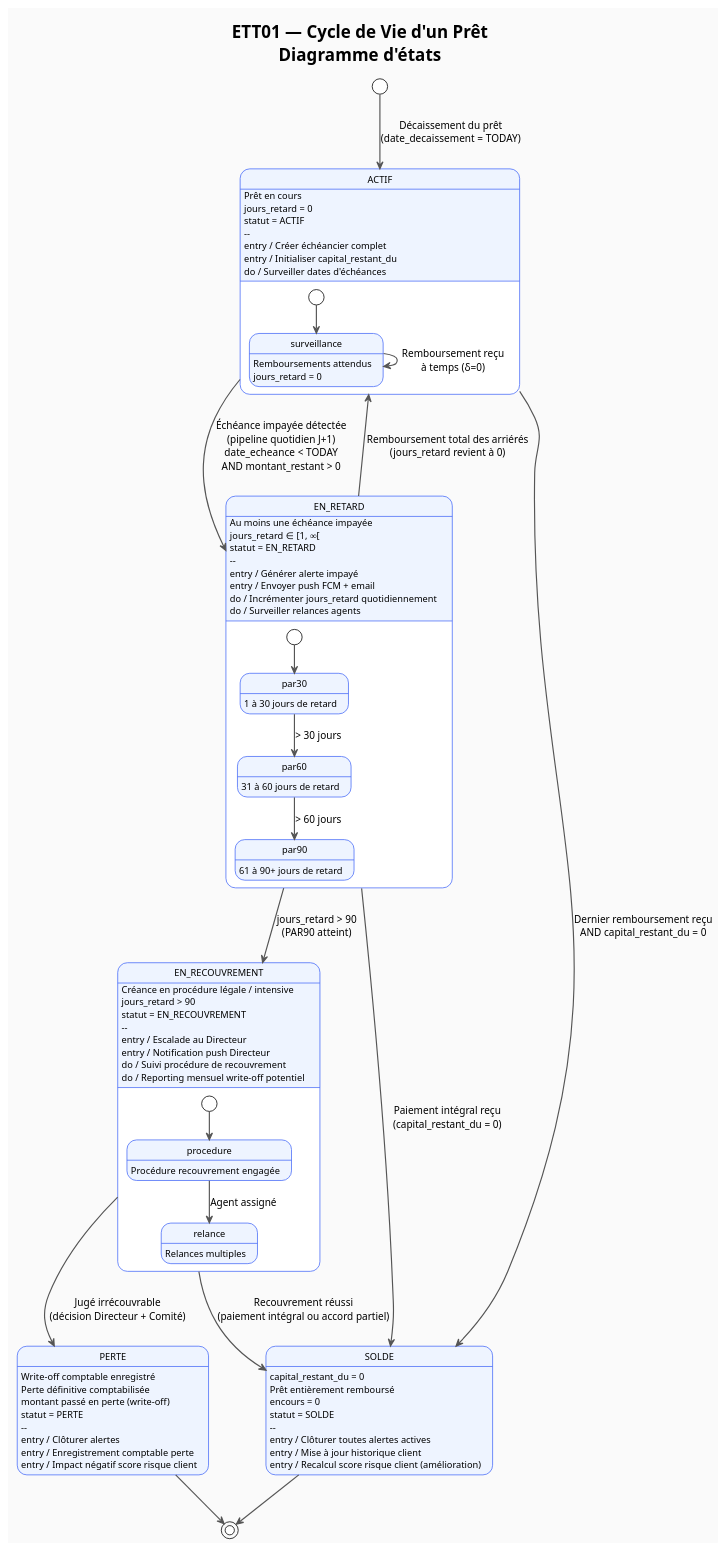
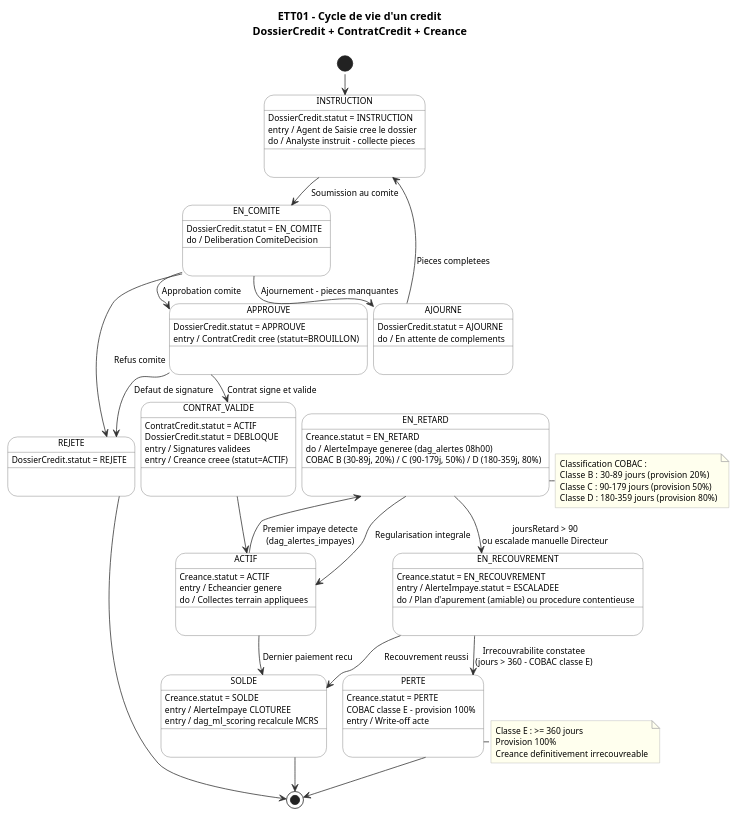
The diagram in docs/V0/diagrammes/05_etats/ETT01_cycle_pret.puml (renekomtsindi237/Stage), drawn with PlantUML before and after one commit. The commit also changed 246 other files, not shown here.

```diff
--- a/docs/V0/diagrammes/05_etats/ETT01_cycle_pret.puml
+++ b/docs/V0/diagrammes/05_etats/ETT01_cycle_pret.puml
@@ -1,95 +1,121 @@
 @startuml ETT01_cycle_pret
-!theme plain
-skinparam backgroundColor #FAFAFA
+!pragma layout smetana
+skinparam shadowing false
+skinparam defaultFontSize 11
+skinparam backgroundColor white
 skinparam state {
-  BackgroundColor #EEF4FF
-  BorderColor #4A6CF7
-  FontSize 12
-  ArrowColor #555555
-  ArrowThickness 1.5
+  BackgroundColor white
+  BorderColor #666666
+  ArrowColor #333333
 }
-skinparam stateDiagram {
-  BackgroundColor #FAFAFA
+skinparam note {
+  BackgroundColor #FFFFEE
+  BorderColor #AAAAAA
 }
 
-title ETT01 — Cycle de Vie d'un Prêt\nDiagramme d'états
+title ETT01 - Cycle de vie d'un credit\nDossierCredit + ContratCredit + Creance
 
-[*] --> ACTIF : Décaissement du prêt\n(date_decaissement = TODAY)
+' -- Phase 1 : Instruction du dossier --
+
+state INSTRUCTION {
+  INSTRUCTION : DossierCredit.statut = INSTRUCTION
+  INSTRUCTION : entry / Agent de Saisie cree le dossier
+  INSTRUCTION : do / Analyste instruit - collecte pieces
+}
+
+state EN_COMITE {
+  EN_COMITE : DossierCredit.statut = EN_COMITE
+  EN_COMITE : do / Deliberation ComiteDecision
+}
+
+state APPROUVE {
+  APPROUVE : DossierCredit.statut = APPROUVE
+  APPROUVE : entry / ContratCredit cree (statut=BROUILLON)
+}
+
+state AJOURNE {
+  AJOURNE : DossierCredit.statut = AJOURNE
+  AJOURNE : do / En attente de complements
+}
+
+state REJETE {
+  REJETE : DossierCredit.statut = REJETE
+}
+
+state CONTRAT_VALIDE {
+  CONTRAT_VALIDE : ContratCredit.statut = ACTIF
+  CONTRAT_VALIDE : DossierCredit.statut = DEBLOQUE
+  CONTRAT_VALIDE : entry / Signatures validees
+  CONTRAT_VALIDE : entry / Creance creee (statut=ACTIF)
+}
+
+' -- Phase 2 : Cycle de la creance --
 
 state ACTIF {
-  [*] --> surveillance
-  surveillance : Remboursements attendus\njours_retard = 0
-  surveillance --> surveillance : Remboursement reçu\nà temps (δ=0)
+  ACTIF : Creance.statut = ACTIF
+  ACTIF : entry / Echeancier genere
+  ACTIF : do / Collectes terrain appliquees
 }
 
-ACTIF : Prêt en cours\njours_retard = 0\nstatut = ACTIF
-ACTIF : --
-ACTIF : entry / Créer échéancier complet
-ACTIF : entry / Initialiser capital_restant_du
-ACTIF : do / Surveiller dates d'échéances
-
-ACTIF --> EN_RETARD : Échéance impayée détectée\n(pipeline quotidien J+1)\ndate_echeance < TODAY\nAND montant_restant > 0
-
-ACTIF --> SOLDE : Dernier remboursement reçu\nAND capital_restant_du = 0
-
 state EN_RETARD {
-  [*] --> par30
-  par30 : 1 à 30 jours de retard
-  par30 --> par60 : > 30 jours
-  par60 : 31 à 60 jours de retard
-  par60 --> par90 : > 60 jours
-  par90 : 61 à 90+ jours de retard
+  EN_RETARD : Creance.statut = EN_RETARD
+  EN_RETARD : do / AlerteImpaye generee (dag_alertes 08h00)
+  EN_RETARD : COBAC B (30-89j, 20%) / C (90-179j, 50%) / D (180-359j, 80%)
 }
 
-EN_RETARD : Au moins une échéance impayée\njours_retard ∈ [1, ∞[\nstatut = EN_RETARD
-EN_RETARD : --
-EN_RETARD : entry / Générer alerte impayé
-EN_RETARD : entry / Envoyer push FCM + email
-EN_RETARD : do / Incrémenter jours_retard quotidiennement
-EN_RETARD : do / Surveiller relances agents
-
-EN_RETARD --> ACTIF : Remboursement total des arriérés\n(jours_retard revient à 0)
-EN_RETARD --> SOLDE : Paiement intégral reçu\n(capital_restant_du = 0)
-EN_RETARD --> EN_RECOUVREMENT : jours_retard > 90\n(PAR90 atteint)
-
 state EN_RECOUVREMENT {
-  [*] --> procedure
-  procedure : Procédure recouvrement engagée
-  procedure --> relance : Agent assigné
-  relance : Relances multiples
+  EN_RECOUVREMENT : Creance.statut = EN_RECOUVREMENT
+  EN_RECOUVREMENT : entry / AlerteImpaye.statut = ESCALADEE
+  EN_RECOUVREMENT : do / Plan d'apurement (amiable) ou procedure contentieuse
 }
 
-EN_RECOUVREMENT : Créance en procédure légale / intensive\njours_retard > 90\nstatut = EN_RECOUVREMENT
-EN_RECOUVREMENT : --
-EN_RECOUVREMENT : entry / Escalade au Directeur
-EN_RECOUVREMENT : entry / Notification push Directeur
-EN_RECOUVREMENT : do / Suivi procédure de recouvrement
-EN_RECOUVREMENT : do / Reporting mensuel write-off potentiel
-
-EN_RECOUVREMENT --> SOLDE : Recouvrement réussi\n(paiement intégral ou accord partiel)
-EN_RECOUVREMENT --> PERTE : Jugé irrécouvrable\n(décision Directeur + Comité)
-
 state SOLDE {
-  SOLDE : capital_restant_du = 0
+  SOLDE : Creance.statut = SOLDE
+  SOLDE : entry / AlerteImpaye CLOTUREE
+  SOLDE : entry / dag_ml_scoring recalcule MCRS
 }
 
-SOLDE : Prêt entièrement remboursé\nencours = 0\nstatut = SOLDE
-SOLDE : --
-SOLDE : entry / Clôturer toutes alertes actives
-SOLDE : entry / Mise à jour historique client
-SOLDE : entry / Recalcul score risque client (amélioration)
-
 state PERTE {
-  PERTE : Write-off comptable enregistré
+  PERTE : Creance.statut = PERTE
+  PERTE : COBAC classe E - provision 100%
+  PERTE : entry / Write-off acte
 }
 
-PERTE : Perte définitive comptabilisée\nmontant passé en perte (write-off)\nstatut = PERTE
-PERTE : --
-PERTE : entry / Clôturer alertes
-PERTE : entry / Enregistrement comptable perte
-PERTE : entry / Impact négatif score risque client
+' -- Transitions Phase 1 --
 
-SOLDE --> [*]
-PERTE --> [*]
+[*]             --> INSTRUCTION
+INSTRUCTION     --> EN_COMITE      : Soumission au comite
+EN_COMITE       --> APPROUVE       : Approbation comite
+EN_COMITE       --> AJOURNE        : Ajournement - pieces manquantes
+EN_COMITE       --> REJETE         : Refus comite
+AJOURNE         --> INSTRUCTION    : Pieces completees
+APPROUVE        --> CONTRAT_VALIDE : Contrat signe et valide
+APPROUVE        --> REJETE         : Defaut de signature
+REJETE          --> [*]
+
+' -- Transitions Phase 2 --
+
+CONTRAT_VALIDE  --> ACTIF
+ACTIF           --> EN_RETARD      : Premier impaye detecte\n(dag_alertes_impayes)
+ACTIF           --> SOLDE          : Dernier paiement recu
+EN_RETARD       --> ACTIF          : Regularisation integrale
+EN_RETARD       --> EN_RECOUVREMENT : joursRetard > 90\nou escalade manuelle Directeur
+EN_RECOUVREMENT --> SOLDE          : Recouvrement reussi
+EN_RECOUVREMENT --> PERTE          : Irrecouvrabilite constatee\n(jours > 360 - COBAC classe E)
+SOLDE           --> [*]
+PERTE           --> [*]
+
+note right of EN_RETARD
+  Classification COBAC :
+  Classe B : 30-89 jours  (provision 20%)
+  Classe C : 90-179 jours (provision 50%)
+  Classe D : 180-359 jours (provision 80%)
+end note
+
+note right of PERTE
+  Classe E : >= 360 jours
+  Provision 100%
+  Creance definitivement irrecouvreable
+end note
 
 @enduml
```
